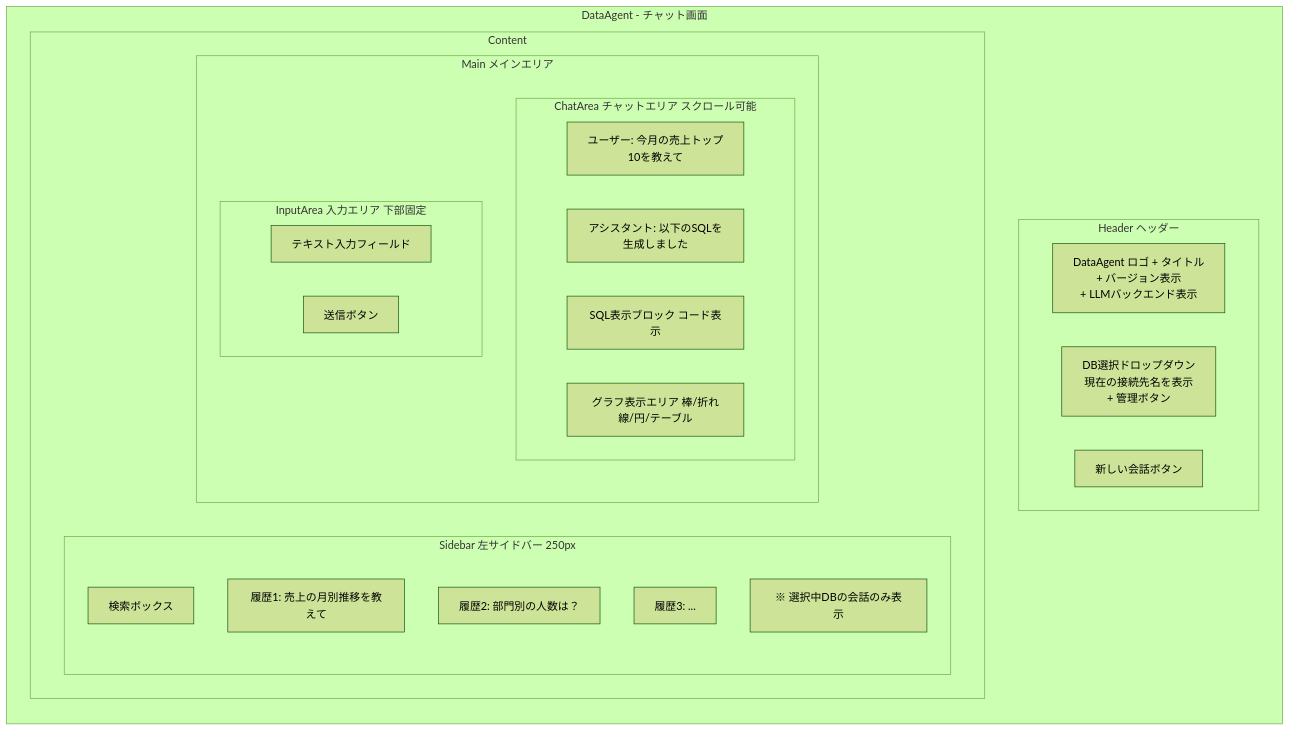
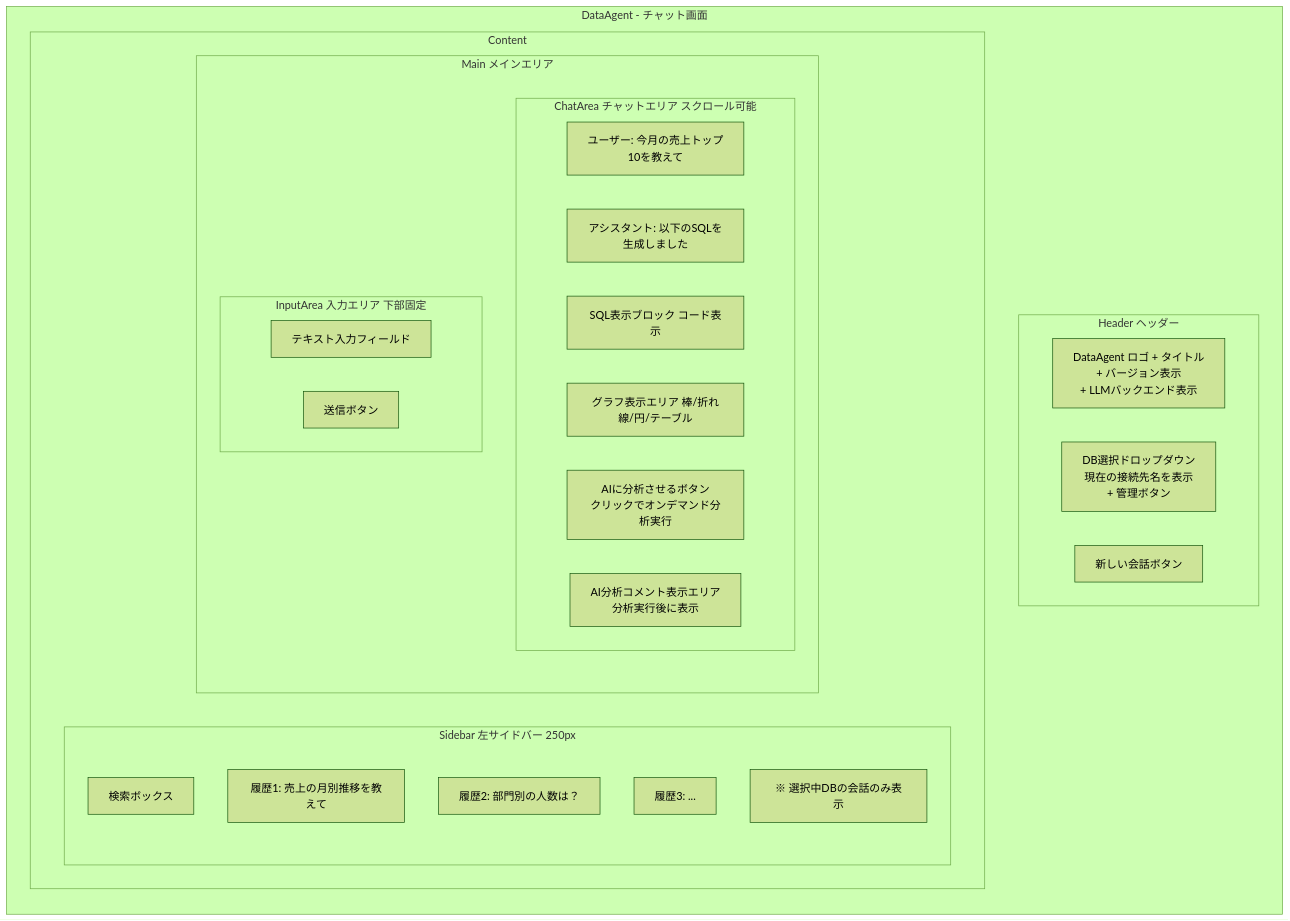
One commit to okegawaatclink/gaido-dataagent changed the second of 4 diagrams in ai_generated/requirements/screens.md. Above: the diagram before and after it, drawn with Mermaid (forest theme). The commit also changed other lines of this file and 3 other files, not shown here.

````diff
--- a/ai_generated/requirements/screens.md
+++ b/ai_generated/requirements/screens.md
@@ -31,41 +31,43 @@
 ```mermaid
 flowchart TB
     subgraph "DataAgent - チャット画面"
         direction TB
 
         subgraph "Header ヘッダー"
             Logo["DataAgent ロゴ + タイトル<br>+ バージョン表示<br>+ LLMバックエンド表示"]
             DBSelect["DB選択ドロップダウン<br>現在の接続先名を表示<br>+ 管理ボタン"]
             NewChat["新しい会話ボタン"]
         end
 
         subgraph "Content"
             direction LR
 
             subgraph "Sidebar 左サイドバー 250px"
                 direction TB
                 SearchBox["検索ボックス"]
                 History1["履歴1: 売上の月別推移を教えて"]
                 History2["履歴2: 部門別の人数は？"]
                 History3["履歴3: ..."]
                 HistoryNote["※ 選択中DBの会話のみ表示"]
             end
 
             subgraph "Main メインエリア"
                 direction TB
 
                 subgraph "ChatArea チャットエリア スクロール可能"
                     UserMsg["ユーザー: 今月の売上トップ10を教えて"]
                     AssistantMsg["アシスタント: 以下のSQLを生成しました"]
                     SQLBlock["SQL表示ブロック コード表示"]
                     ChartArea["グラフ表示エリア 棒/折れ線/円/テーブル"]
+                    AnalyzeBtn["AIに分析させるボタン<br>クリックでオンデマンド分析実行"]
+                    AnalysisArea["AI分析コメント表示エリア<br>分析実行後に表示"]
                 end
 
                 subgraph "InputArea 入力エリア 下部固定"
                     TextInput["テキスト入力フィールド"]
                     SendBtn["送信ボタン"]
                 end
             end
         end
     end
 ```
````
